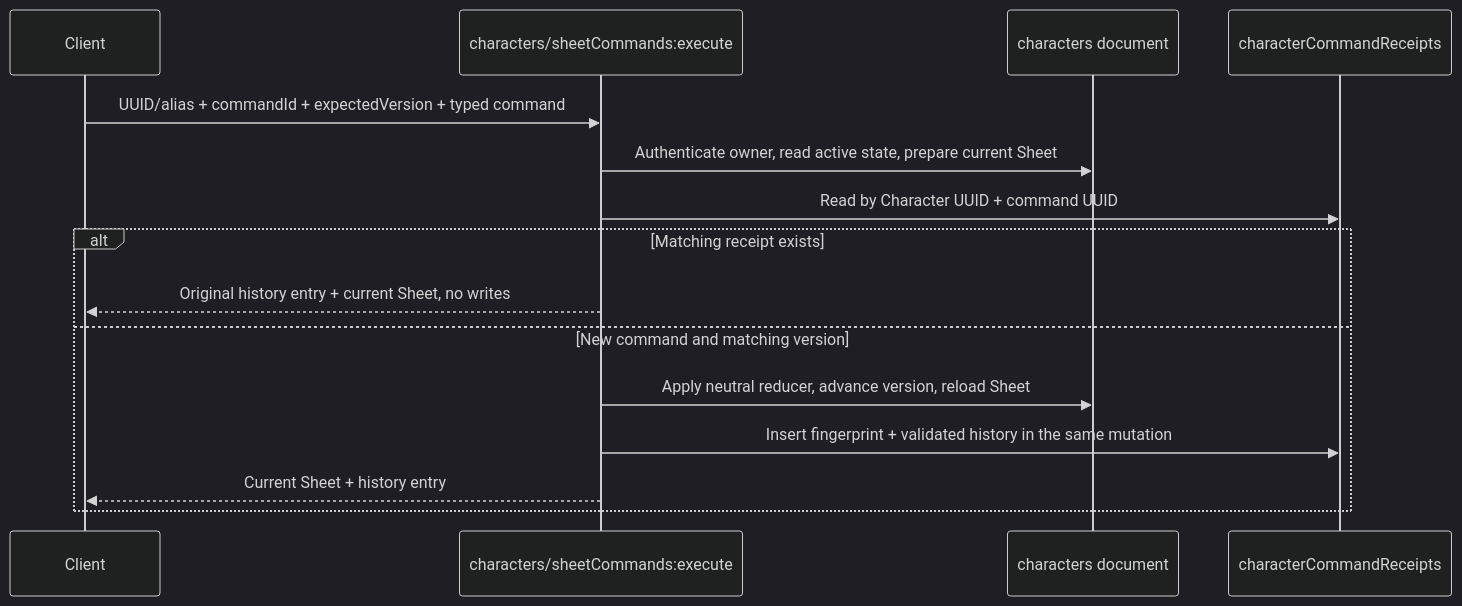
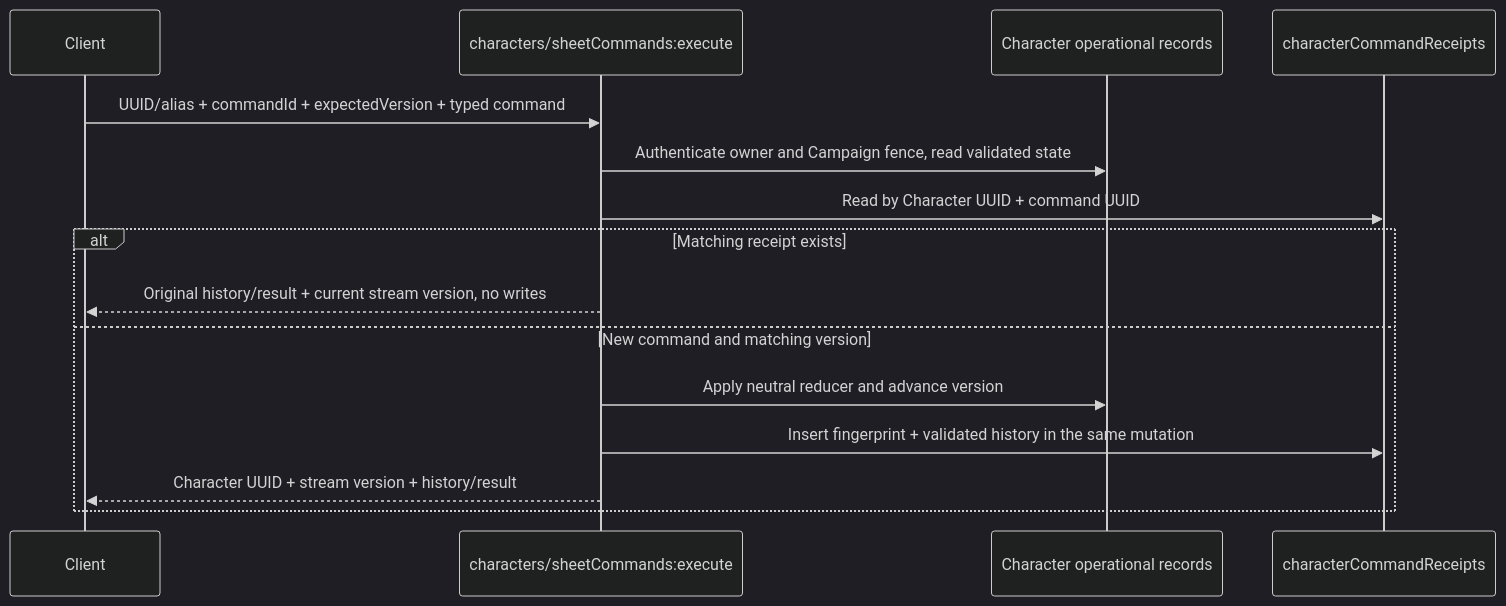
Before and after one commit to MPiland/artificer-toolkit: diagram 12 of 15 in docs/architecture/character.md, drawn with Mermaid (dark theme). The commit also changed other lines of this file and 699 other files, not shown here.

````diff
--- a/docs/architecture/character.md
+++ b/docs/architecture/character.md
@@ -777,17 +858,17 @@
 ```mermaid
 sequenceDiagram
   participant Client
   participant Command as characters/sheetCommands:execute
-  participant Character as characters document
+  participant Character as Character operational records
   participant Receipt as characterCommandReceipts
   Client->>Command: UUID/alias + commandId + expectedVersion + typed command
-  Command->>Character: Authenticate owner, read active state, prepare current Sheet
+  Command->>Character: Authenticate owner and Campaign fence, read validated state
   Command->>Receipt: Read by Character UUID + command UUID
   alt Matching receipt exists
-    Command-->>Client: Original history entry + current Sheet, no writes
+    Command-->>Client: Original history/result + current stream version, no writes
   else New command and matching version
-    Command->>Character: Apply neutral reducer, advance version, reload Sheet
+    Command->>Character: Apply neutral reducer and advance version
     Command->>Receipt: Insert fingerprint + validated history in the same mutation
-    Command-->>Client: Current Sheet + history entry
+    Command-->>Client: Character UUID + stream version + history/result
   end
 ```
````
